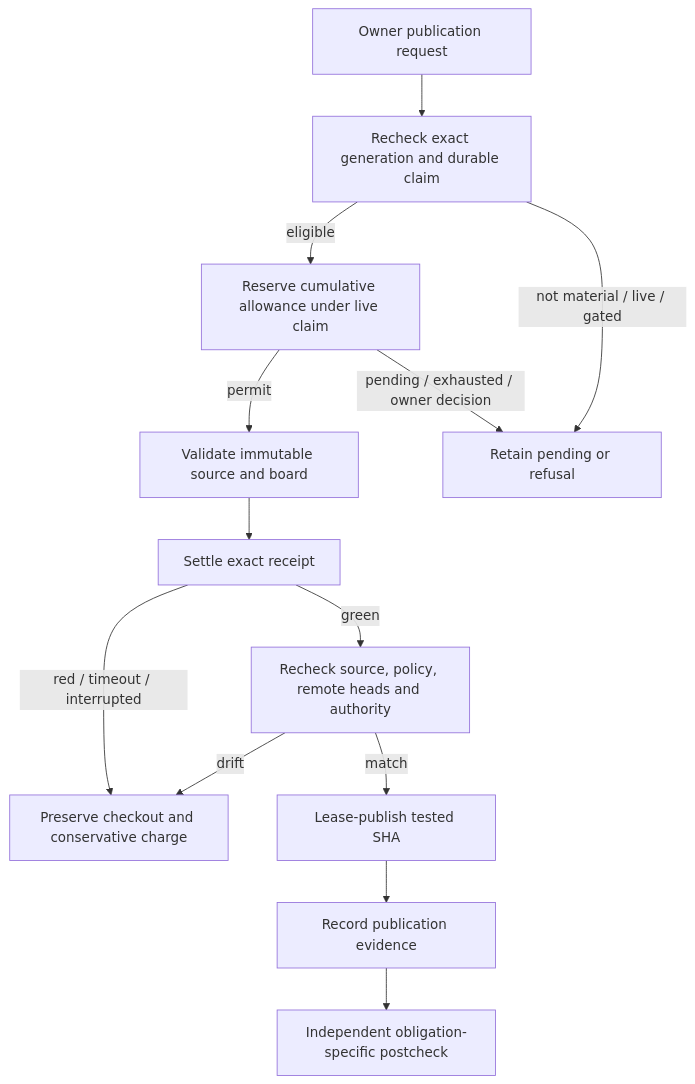
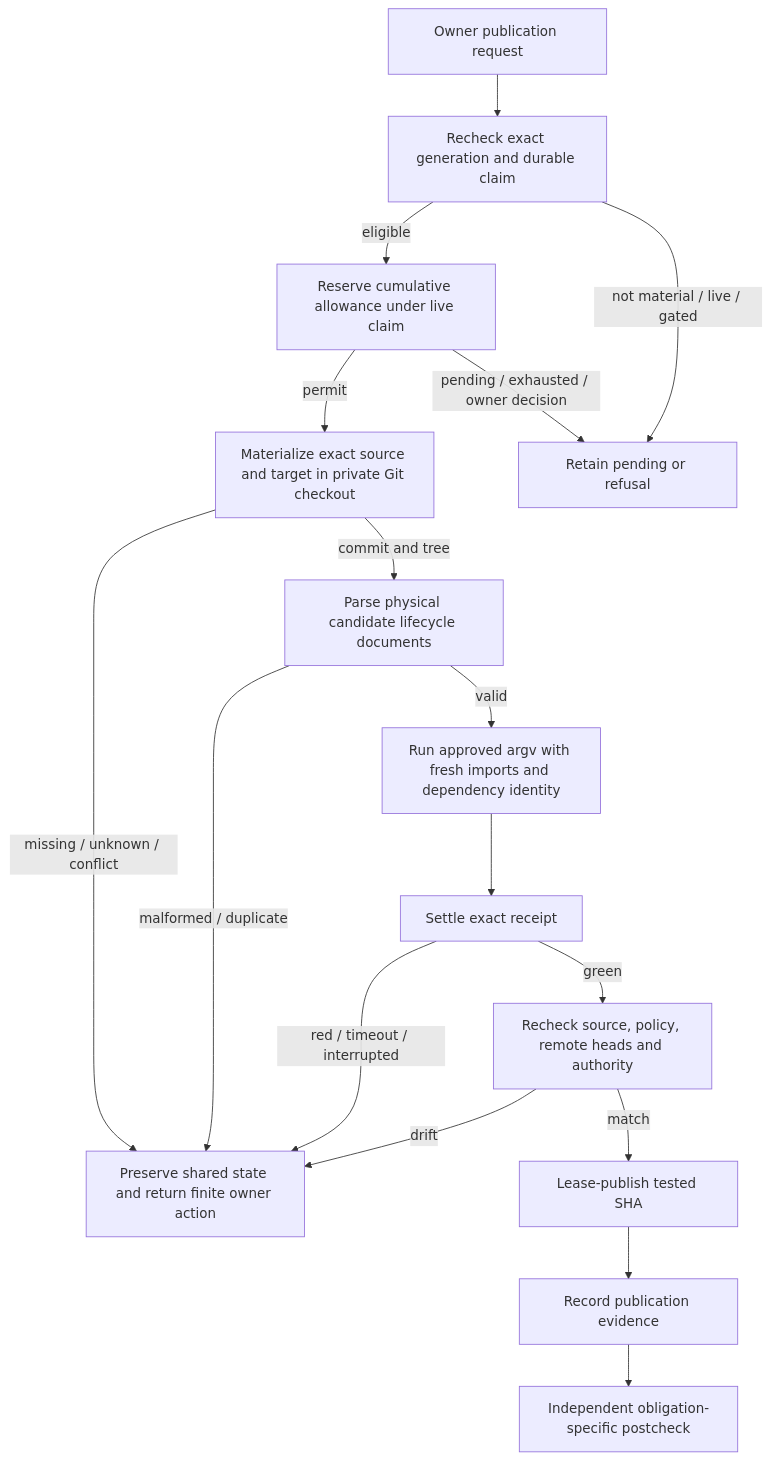
The second of 7 diagrams in cascade/DESIGN.md (vincentc-b/CascadeCode), drawn with Mermaid before and after one commit. The commit also changed other lines of this file and 8 other files, not shown here.

First line of the commit message:
task/task_054_001_001: Materialize and validate an isolated exact merge candidate

````diff
--- a/cascade/DESIGN.md
+++ b/cascade/DESIGN.md
@@ -258,15 +277,19 @@
 ```mermaid
 flowchart TD
     Owner[Owner publication request] --> Generation[Recheck exact generation and durable claim]
     Generation -->|eligible| Budget[Reserve cumulative allowance under live claim]
-    Budget -->|permit| Checks[Validate immutable source and board]
+    Budget -->|permit| Candidate[Materialize exact source and target in private Git checkout]
+    Candidate -->|missing / unknown / conflict| Preserve[Preserve shared state and return finite owner action]
+    Candidate -->|commit and tree| Board[Parse physical candidate lifecycle documents]
+    Board -->|malformed / duplicate| Preserve
+    Board -->|valid| Checks[Run approved argv with fresh imports and dependency identity]
     Budget -->|pending / exhausted / owner decision| Pending[Retain pending or refusal]
     Generation -->|not material / live / gated| Pending[Retain pending or refusal]
     Checks --> Settle[Settle exact receipt]
-    Settle -->|red / timeout / interrupted| Preserve[Preserve checkout and conservative charge]
+    Settle -->|red / timeout / interrupted| Preserve
     Settle -->|green| Recheck[Recheck source, policy, remote heads and authority]
     Recheck -->|match| Push[Lease-publish tested SHA]
     Recheck -->|drift| Preserve
     Push --> Receipt[Record publication evidence]
     Receipt --> Verify[Independent obligation-specific postcheck]
 ```
````
